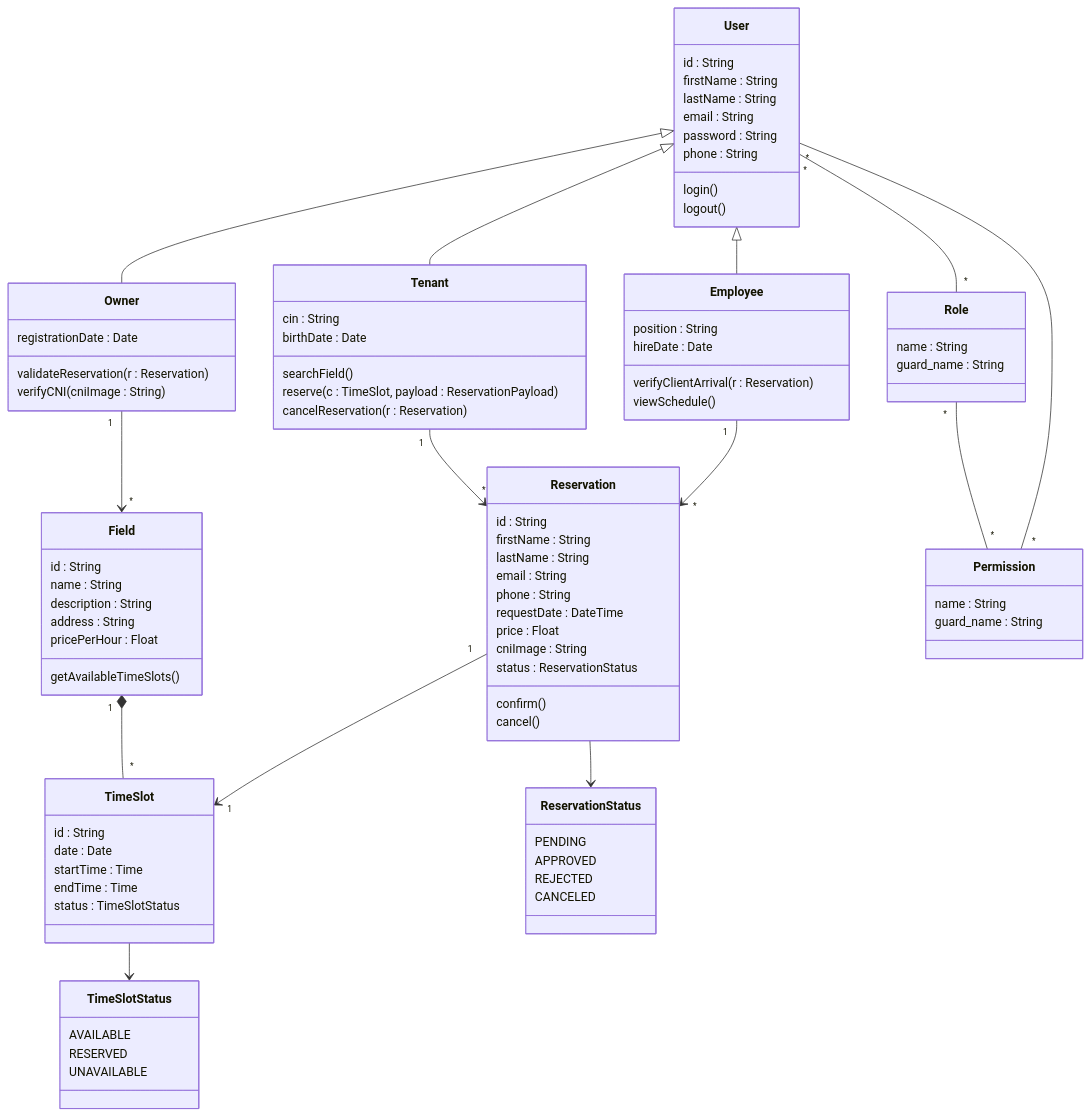
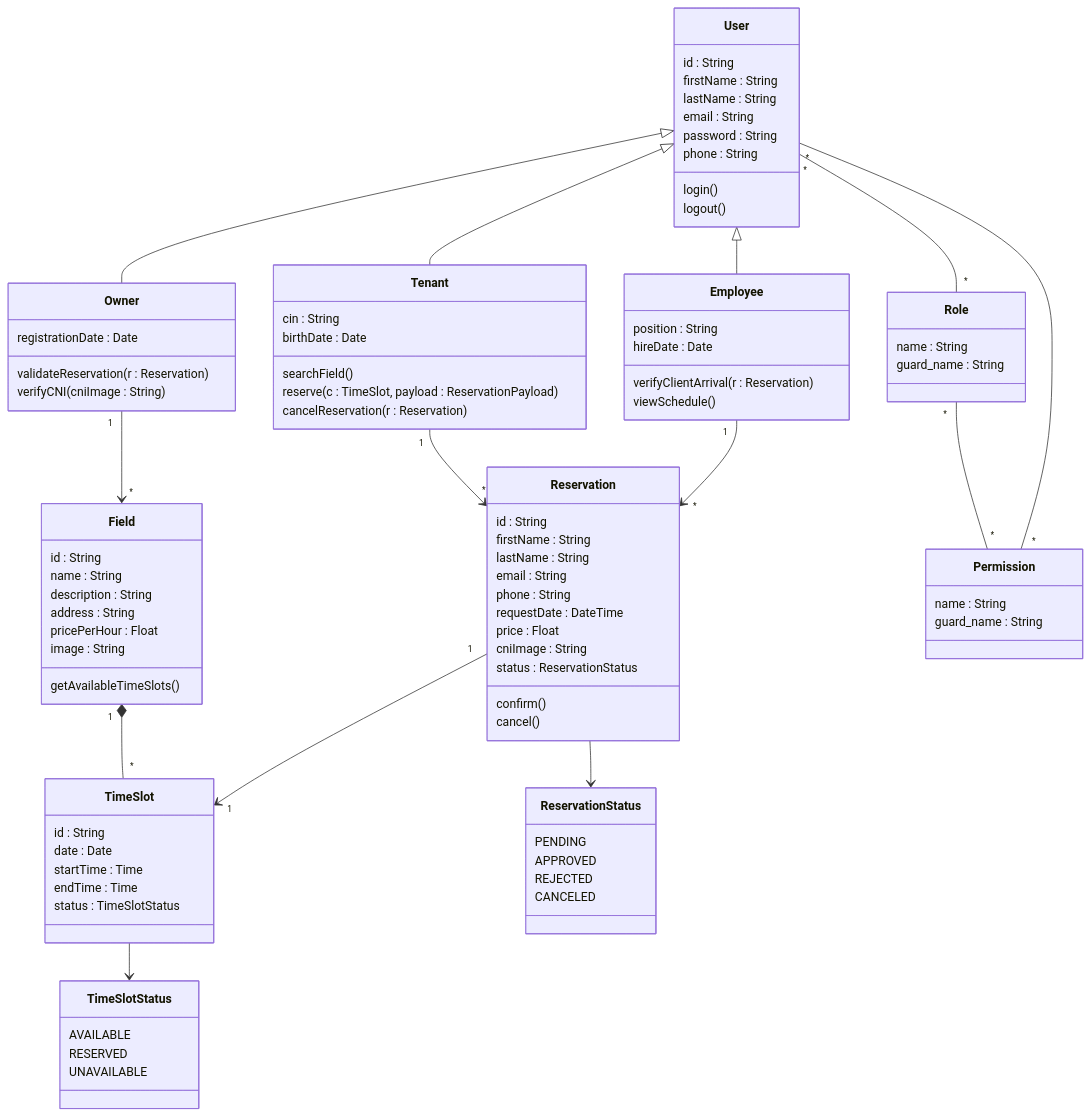
Before and after one commit to Adnane-x87/ProMatch: the diagram in Analyse/diagramme-de-classe/diagramme-classe.mmd, drawn with Mermaid. The commit also changed 2 other files, not shown here.

Commit message:
docs(diagram): add image attribute to Field class and update diagrams

```diff
--- a/Analyse/diagramme-de-classe/diagramme-classe.mmd
+++ b/Analyse/diagramme-de-classe/diagramme-classe.mmd
@@ -1,89 +1,90 @@
 classDiagram
 class User {
     id : String
     firstName : String
     lastName : String
     email : String
     password : String
     phone : String
     login()
     logout()
 }
 class Owner {
     registrationDate : Date
     validateReservation(r : Reservation)
     verifyCNI(cniImage : String)
 }
 class Tenant {
     cin : String
     birthDate : Date
     searchField()
     reserve(c : TimeSlot, payload : ReservationPayload)
     cancelReservation(r : Reservation)
 }
 class Employee {
     position : String
     hireDate : Date
     verifyClientArrival(r : Reservation)
     viewSchedule()
 }
 User <|-- Owner
 User <|-- Tenant
 User <|-- Employee
 class Field {
     id : String
     name : String
     description : String
     address : String
     pricePerHour : Float
+    image : String
     getAvailableTimeSlots()
 }
 class TimeSlot {
     id : String
     date : Date
     startTime : Time
     endTime : Time
     status : TimeSlotStatus
 }
 class TimeSlotStatus {
     AVAILABLE
     RESERVED
     UNAVAILABLE
 }
 Field "1" *-- "*" TimeSlot
 TimeSlot --> TimeSlotStatus
 class Reservation {
     id : String
     firstName : String
     lastName : String
     email : String
     phone : String
     requestDate : DateTime
     price : Float
     cniImage : String
     status : ReservationStatus
     confirm()
     cancel()
 }
 class ReservationStatus {
     PENDING
     APPROVED
     REJECTED
     CANCELED
 }
 Reservation --> ReservationStatus
 Tenant "1" --> "*" Reservation
 Reservation "1" --> "1" TimeSlot
 Employee "1" --> "*" Reservation
 class Role {
     name : String
     guard_name : String
 }
 class Permission {
     name : String
     guard_name : String
 }
 User "*" -- "*" Role
 Role "*" -- "*" Permission
 User "*" -- "*" Permission
 Owner "1" --> "*" Field
```
